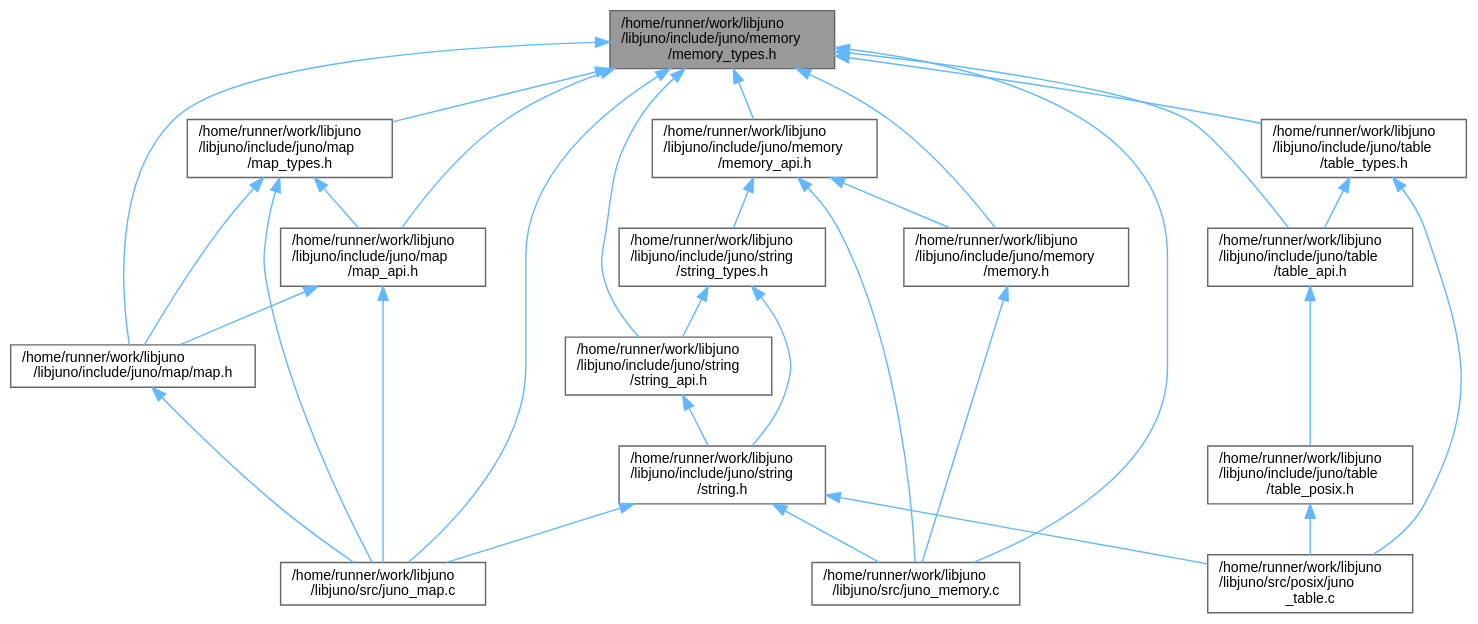
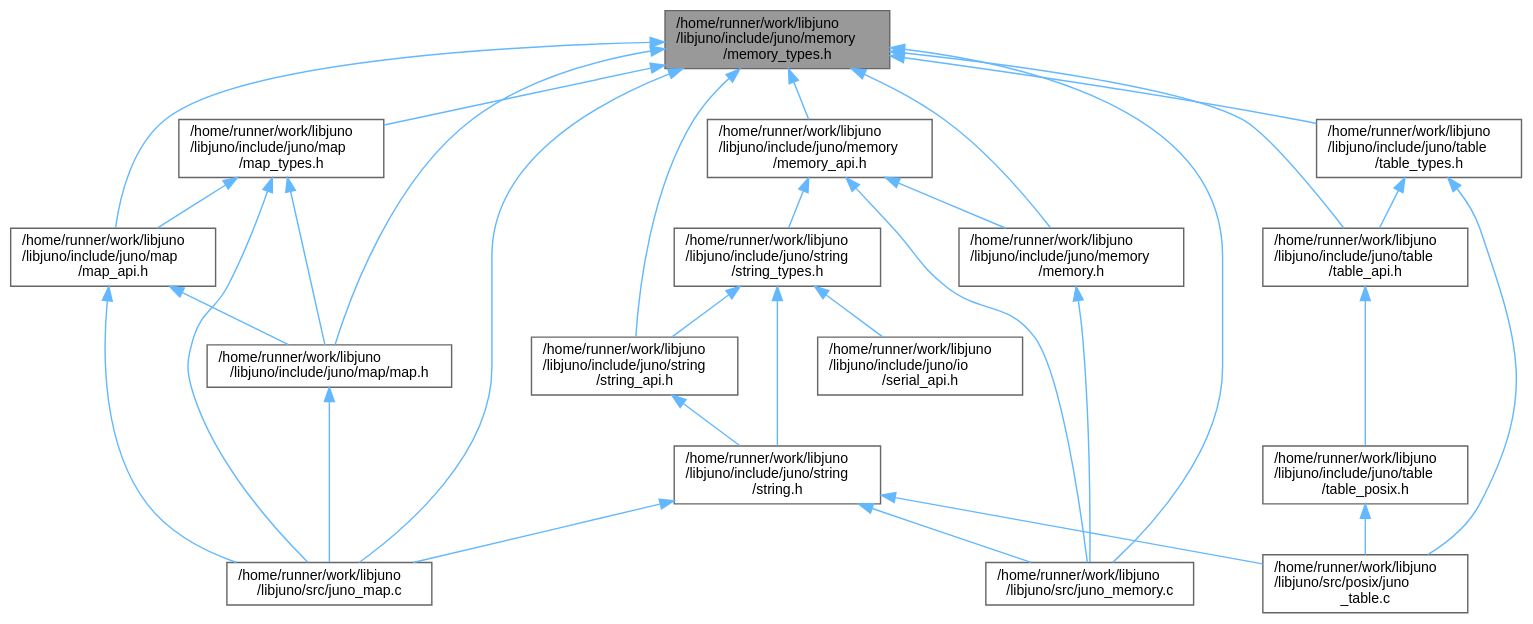
One commit to robinonsay/libjuno changed the diagram in memory__types_8h__dep__incl.dot. Above: the diagram before and after it, drawn with Graphviz. The commit also changed 161 other files, not shown here.

```diff
--- a/memory__types_8h__dep__incl.dot
+++ b/memory__types_8h__dep__incl.dot
@@ -1,52 +1,54 @@
 digraph "/home/runner/work/libjuno/libjuno/include/juno/memory/memory_types.h"
 {
  // LATEX_PDF_SIZE
   bgcolor="transparent";
   edge [fontname=Helvetica,fontsize=10,labelfontname=Helvetica,labelfontsize=10];
   node [fontname=Helvetica,fontsize=10,shape=box,height=0.2,width=0.4];
   Node1 [id="Node000001",label="/home/runner/work/libjuno\l/libjuno/include/juno/memory\l/memory_types.h",height=0.2,width=0.4,color="gray40", fillcolor="grey60", style="filled", fontcolor="black",tooltip=" "];
   Node1 -> Node2 [id="edge1_Node000001_Node000002",dir="back",color="steelblue1",style="solid",tooltip=" "];
   Node2 [id="Node000002",label="/home/runner/work/libjuno\l/libjuno/include/juno/map/map.h",height=0.2,width=0.4,color="grey40", fillcolor="white", style="filled",URL="$map_8h.html",tooltip=" "];
   Node2 -> Node3 [id="edge2_Node000002_Node000003",dir="back",color="steelblue1",style="solid",tooltip=" "];
   Node3 [id="Node000003",label="/home/runner/work/libjuno\l/libjuno/src/juno_map.c",height=0.2,width=0.4,color="grey40", fillcolor="white", style="filled",URL="$juno__map_8c.html",tooltip=" "];
   Node1 -> Node4 [id="edge3_Node000001_Node000004",dir="back",color="steelblue1",style="solid",tooltip=" "];
   Node4 [id="Node000004",label="/home/runner/work/libjuno\l/libjuno/include/juno/map\l/map_api.h",height=0.2,width=0.4,color="grey40", fillcolor="white", style="filled",URL="$map__api_8h.html",tooltip=" "];
   Node4 -> Node2 [id="edge4_Node000004_Node000002",dir="back",color="steelblue1",style="solid",tooltip=" "];
   Node4 -> Node3 [id="edge5_Node000004_Node000003",dir="back",color="steelblue1",style="solid",tooltip=" "];
   Node1 -> Node5 [id="edge6_Node000001_Node000005",dir="back",color="steelblue1",style="solid",tooltip=" "];
   Node5 [id="Node000005",label="/home/runner/work/libjuno\l/libjuno/include/juno/map\l/map_types.h",height=0.2,width=0.4,color="grey40", fillcolor="white", style="filled",URL="$map__types_8h.html",tooltip=" "];
   Node5 -> Node2 [id="edge7_Node000005_Node000002",dir="back",color="steelblue1",style="solid",tooltip=" "];
   Node5 -> Node4 [id="edge8_Node000005_Node000004",dir="back",color="steelblue1",style="solid",tooltip=" "];
   Node5 -> Node3 [id="edge9_Node000005_Node000003",dir="back",color="steelblue1",style="solid",tooltip=" "];
   Node1 -> Node6 [id="edge10_Node000001_Node000006",dir="back",color="steelblue1",style="solid",tooltip=" "];
   Node6 [id="Node000006",label="/home/runner/work/libjuno\l/libjuno/include/juno/memory\l/memory.h",height=0.2,width=0.4,color="grey40", fillcolor="white", style="filled",URL="$memory_8h.html",tooltip=" "];
   Node6 -> Node7 [id="edge11_Node000006_Node000007",dir="back",color="steelblue1",style="solid",tooltip=" "];
   Node7 [id="Node000007",label="/home/runner/work/libjuno\l/libjuno/src/juno_memory.c",height=0.2,width=0.4,color="grey40", fillcolor="white", style="filled",URL="$juno__memory_8c.html",tooltip=" "];
   Node1 -> Node8 [id="edge12_Node000001_Node000008",dir="back",color="steelblue1",style="solid",tooltip=" "];
   Node8 [id="Node000008",label="/home/runner/work/libjuno\l/libjuno/include/juno/memory\l/memory_api.h",height=0.2,width=0.4,color="grey40", fillcolor="white", style="filled",URL="$memory__api_8h.html",tooltip=" "];
   Node8 -> Node6 [id="edge13_Node000008_Node000006",dir="back",color="steelblue1",style="solid",tooltip=" "];
   Node8 -> Node9 [id="edge14_Node000008_Node000009",dir="back",color="steelblue1",style="solid",tooltip=" "];
   Node9 [id="Node000009",label="/home/runner/work/libjuno\l/libjuno/include/juno/string\l/string_types.h",height=0.2,width=0.4,color="grey40", fillcolor="white", style="filled",URL="$string__types_8h.html",tooltip=" "];
   Node9 -> Node10 [id="edge15_Node000009_Node000010",dir="back",color="steelblue1",style="solid",tooltip=" "];
-  Node10 [id="Node000010",label="/home/runner/work/libjuno\l/libjuno/include/juno/string\l/string.h",height=0.2,width=0.4,color="grey40", fillcolor="white", style="filled",URL="$string_8h.html",tooltip=" "];
-  Node10 -> Node3 [id="edge16_Node000010_Node000003",dir="back",color="steelblue1",style="solid",tooltip=" "];
-  Node10 -> Node7 [id="edge17_Node000010_Node000007",dir="back",color="steelblue1",style="solid",tooltip=" "];
-  Node10 -> Node11 [id="edge18_Node000010_Node000011",dir="back",color="steelblue1",style="solid",tooltip=" "];
-  Node11 [id="Node000011",label="/home/runner/work/libjuno\l/libjuno/src/posix/juno\l_table.c",height=0.2,width=0.4,color="grey40", fillcolor="white", style="filled",URL="$juno__table_8c.html",tooltip=" "];
-  Node9 -> Node12 [id="edge19_Node000009_Node000012",dir="back",color="steelblue1",style="solid",tooltip=" "];
-  Node12 [id="Node000012",label="/home/runner/work/libjuno\l/libjuno/include/juno/string\l/string_api.h",height=0.2,width=0.4,color="grey40", fillcolor="white", style="filled",URL="$string__api_8h.html",tooltip=" "];
-  Node12 -> Node10 [id="edge20_Node000012_Node000010",dir="back",color="steelblue1",style="solid",tooltip=" "];
-  Node8 -> Node7 [id="edge21_Node000008_Node000007",dir="back",color="steelblue1",style="solid",tooltip=" "];
-  Node1 -> Node12 [id="edge22_Node000001_Node000012",dir="back",color="steelblue1",style="solid",tooltip=" "];
+  Node10 [id="Node000010",label="/home/runner/work/libjuno\l/libjuno/include/juno/io\l/serial_api.h",height=0.2,width=0.4,color="grey40", fillcolor="white", style="filled",URL="$serial__api_8h.html",tooltip=" "];
+  Node9 -> Node11 [id="edge16_Node000009_Node000011",dir="back",color="steelblue1",style="solid",tooltip=" "];
+  Node11 [id="Node000011",label="/home/runner/work/libjuno\l/libjuno/include/juno/string\l/string.h",height=0.2,width=0.4,color="grey40", fillcolor="white", style="filled",URL="$string_8h.html",tooltip=" "];
+  Node11 -> Node3 [id="edge17_Node000011_Node000003",dir="back",color="steelblue1",style="solid",tooltip=" "];
+  Node11 -> Node7 [id="edge18_Node000011_Node000007",dir="back",color="steelblue1",style="solid",tooltip=" "];
+  Node11 -> Node12 [id="edge19_Node000011_Node000012",dir="back",color="steelblue1",style="solid",tooltip=" "];
+  Node12 [id="Node000012",label="/home/runner/work/libjuno\l/libjuno/src/posix/juno\l_table.c",height=0.2,width=0.4,color="grey40", fillcolor="white", style="filled",URL="$juno__table_8c.html",tooltip=" "];
+  Node9 -> Node13 [id="edge20_Node000009_Node000013",dir="back",color="steelblue1",style="solid",tooltip=" "];
+  Node13 [id="Node000013",label="/home/runner/work/libjuno\l/libjuno/include/juno/string\l/string_api.h",height=0.2,width=0.4,color="grey40", fillcolor="white", style="filled",URL="$string__api_8h.html",tooltip=" "];
+  Node13 -> Node11 [id="edge21_Node000013_Node000011",dir="back",color="steelblue1",style="solid",tooltip=" "];
+  Node8 -> Node7 [id="edge22_Node000008_Node000007",dir="back",color="steelblue1",style="solid",tooltip=" "];
   Node1 -> Node13 [id="edge23_Node000001_Node000013",dir="back",color="steelblue1",style="solid",tooltip=" "];
-  Node13 [id="Node000013",label="/home/runner/work/libjuno\l/libjuno/include/juno/table\l/table_api.h",height=0.2,width=0.4,color="grey40", fillcolor="white", style="filled",URL="$table__api_8h.html",tooltip=" "];
-  Node13 -> Node14 [id="edge24_Node000013_Node000014",dir="back",color="steelblue1",style="solid",tooltip=" "];
-  Node14 [id="Node000014",label="/home/runner/work/libjuno\l/libjuno/include/juno/table\l/table_posix.h",height=0.2,width=0.4,color="grey40", fillcolor="white", style="filled",URL="$table__posix_8h.html",tooltip=" "];
-  Node14 -> Node11 [id="edge25_Node000014_Node000011",dir="back",color="steelblue1",style="solid",tooltip=" "];
-  Node1 -> Node15 [id="edge26_Node000001_Node000015",dir="back",color="steelblue1",style="solid",tooltip=" "];
-  Node15 [id="Node000015",label="/home/runner/work/libjuno\l/libjuno/include/juno/table\l/table_types.h",height=0.2,width=0.4,color="grey40", fillcolor="white", style="filled",URL="$table__types_8h.html",tooltip=" "];
-  Node15 -> Node13 [id="edge27_Node000015_Node000013",dir="back",color="steelblue1",style="solid",tooltip=" "];
-  Node15 -> Node11 [id="edge28_Node000015_Node000011",dir="back",color="steelblue1",style="solid",tooltip=" "];
-  Node1 -> Node3 [id="edge29_Node000001_Node000003",dir="back",color="steelblue1",style="solid",tooltip=" "];
-  Node1 -> Node7 [id="edge30_Node000001_Node000007",dir="back",color="steelblue1",style="solid",tooltip=" "];
+  Node1 -> Node14 [id="edge24_Node000001_Node000014",dir="back",color="steelblue1",style="solid",tooltip=" "];
+  Node14 [id="Node000014",label="/home/runner/work/libjuno\l/libjuno/include/juno/table\l/table_api.h",height=0.2,width=0.4,color="grey40", fillcolor="white", style="filled",URL="$table__api_8h.html",tooltip=" "];
+  Node14 -> Node15 [id="edge25_Node000014_Node000015",dir="back",color="steelblue1",style="solid",tooltip=" "];
+  Node15 [id="Node000015",label="/home/runner/work/libjuno\l/libjuno/include/juno/table\l/table_posix.h",height=0.2,width=0.4,color="grey40", fillcolor="white", style="filled",URL="$table__posix_8h.html",tooltip=" "];
+  Node15 -> Node12 [id="edge26_Node000015_Node000012",dir="back",color="steelblue1",style="solid",tooltip=" "];
+  Node1 -> Node16 [id="edge27_Node000001_Node000016",dir="back",color="steelblue1",style="solid",tooltip=" "];
+  Node16 [id="Node000016",label="/home/runner/work/libjuno\l/libjuno/include/juno/table\l/table_types.h",height=0.2,width=0.4,color="grey40", fillcolor="white", style="filled",URL="$table__types_8h.html",tooltip=" "];
+  Node16 -> Node14 [id="edge28_Node000016_Node000014",dir="back",color="steelblue1",style="solid",tooltip=" "];
+  Node16 -> Node12 [id="edge29_Node000016_Node000012",dir="back",color="steelblue1",style="solid",tooltip=" "];
+  Node1 -> Node3 [id="edge30_Node000001_Node000003",dir="back",color="steelblue1",style="solid",tooltip=" "];
+  Node1 -> Node7 [id="edge31_Node000001_Node000007",dir="back",color="steelblue1",style="solid",tooltip=" "];
 }
```
